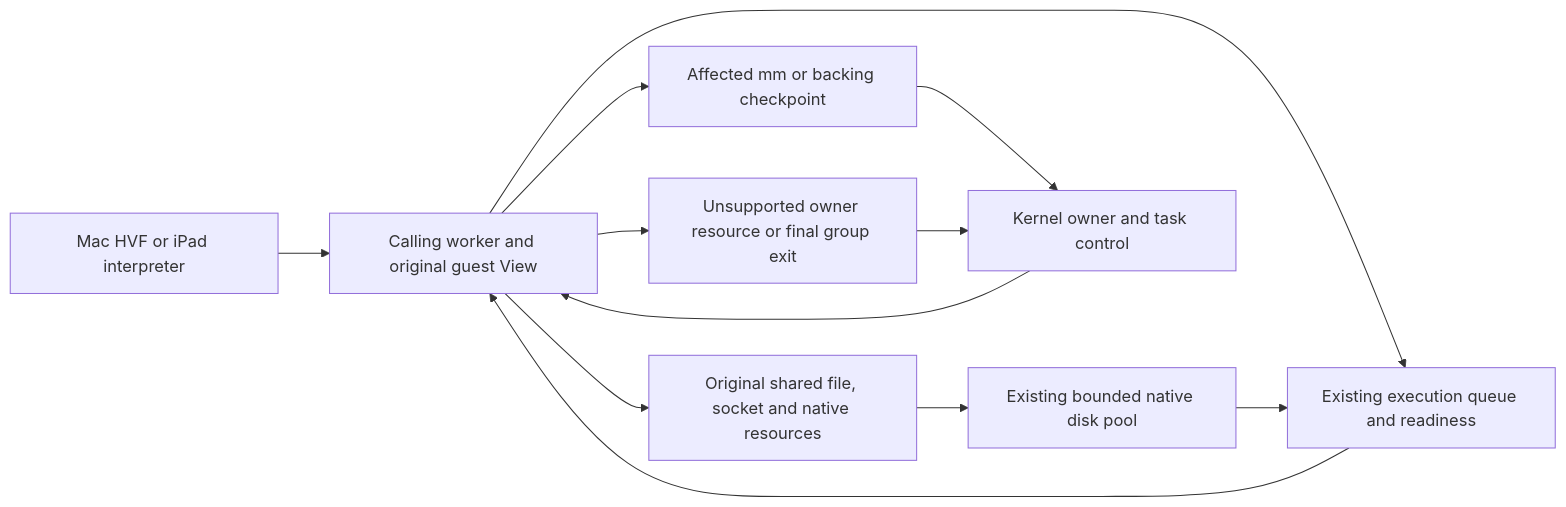
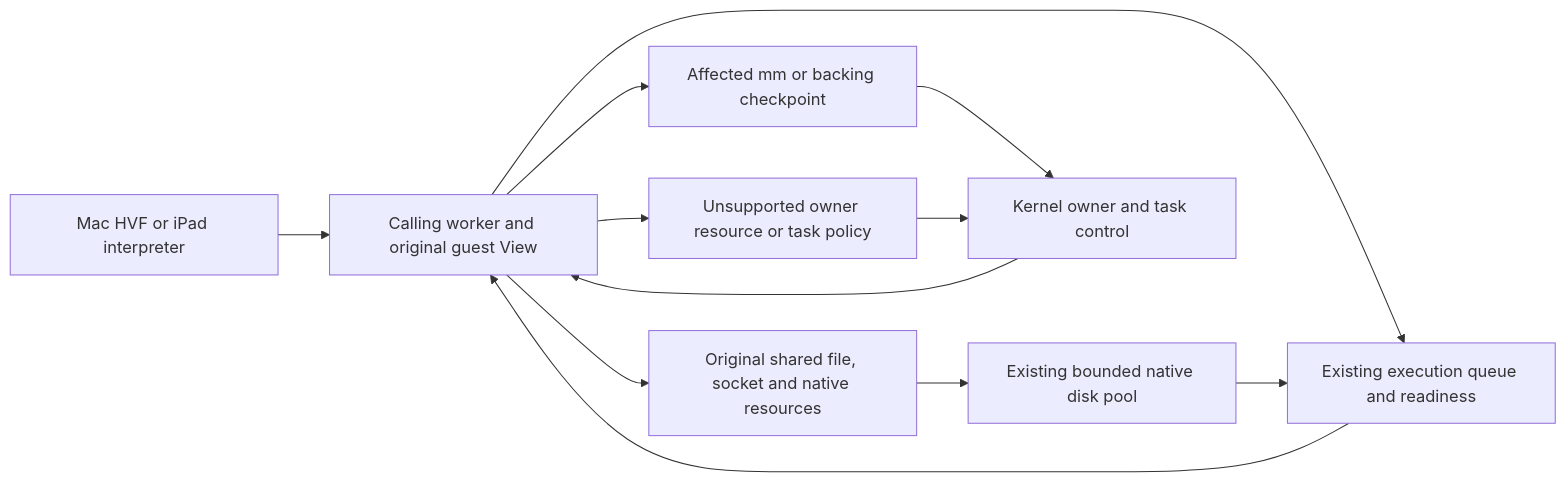
One commit to kb5000/trames-runtime changed the diagram in docs/architecture/coordination-boundaries.md. Above: the diagram before and after it, drawn with Mermaid. The commit also changed other lines of this file and 19 other files, not shown here.

````diff
--- a/docs/architecture/coordination-boundaries.md
+++ b/docs/architecture/coordination-boundaries.md
@@ -11,14 +11,14 @@
 ```mermaid
 flowchart LR
     CPU[Mac HVF or iPad interpreter] --> Entry[Calling worker and original guest View]
     Entry --> Shared[Original shared file, socket and native resources]
     Entry --> Wait[Existing execution queue and readiness]
     Wait --> Entry
     Shared --> Disk[Existing bounded native disk pool]
     Disk --> Wait
     Entry --> VM[Affected mm or backing checkpoint]
     VM --> Owner[Kernel owner and task control]
-    Entry --> Compat[Unsupported owner resource or final group exit]
+    Entry --> Compat[Unsupported owner resource or task policy]
     Compat --> Owner
     Owner --> Entry
 ```
````
